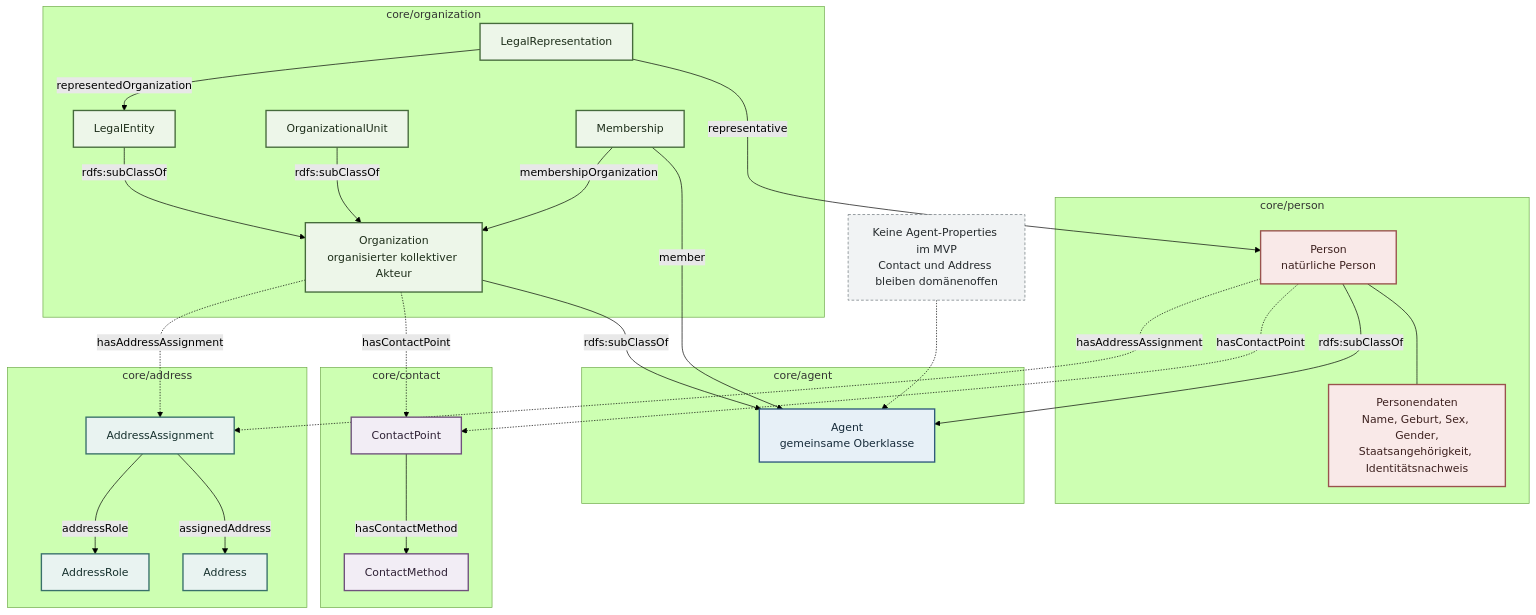
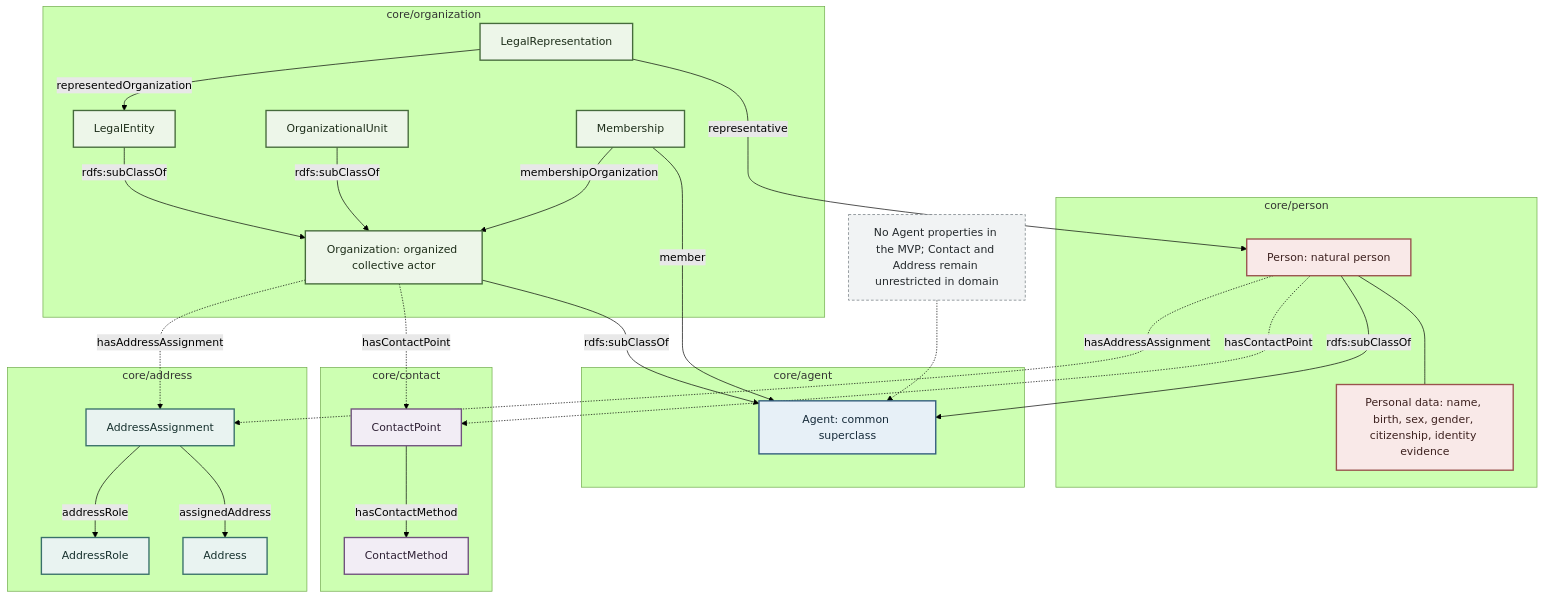
Before and after one commit to project-construct-x/constructx-ontologies: the diagram in modules/core/agent/docs/diagrams/agent-integration-model.md, drawn with Mermaid (forest theme). The commit also changed other lines of this file and 230 other files, not shown here.

````diff
--- a/modules/core/agent/docs/diagrams/agent-integration-model.md
+++ b/modules/core/agent/docs/diagrams/agent-integration-model.md
@@ -10,66 +8,66 @@
 ```mermaid
 flowchart TB
     subgraph AGENT["core/agent"]
-        Agent["Agent<br/>gemeinsame Oberklasse"]
+        Agent["Agent: common superclass"]
     end
 
     subgraph PERSON["core/person"]
-        Person["Person<br/>natürliche Person"]
-        PersonData["Personendaten<br/>Name, Geburt, Sex, Gender,<br/>Staatsangehörigkeit, Identitätsnachweis"]
+        Person["Person: natural person"]
+        PersonData["Personal data: name, birth, sex, gender, citizenship, identity evidence"]
         Person --- PersonData
     end
 
     subgraph ORGANIZATION["core/organization"]
-        Org["Organization<br/>organisierter kollektiver Akteur"]
+        Org["Organization: organized collective actor"]
         Legal["LegalEntity"]
         Unit["OrganizationalUnit"]
         Membership["Membership"]
         Representation["LegalRepresentation"]
 
         Legal -->|"rdfs:subClassOf"| Org
         Unit -->|"rdfs:subClassOf"| Org
         Membership -->|"member"| Agent
         Membership -->|"membershipOrganization"| Org
         Representation -->|"representative"| Person
         Representation -->|"representedOrganization"| Legal
     end
 
     subgraph CONTACT["core/contact"]
         ContactPoint["ContactPoint"]
         ContactMethod["ContactMethod"]
         ContactPoint -->|"hasContactMethod"| ContactMethod
     end
 
     subgraph ADDRESS["core/address"]
         AddressAssignment["AddressAssignment"]
         Address["Address"]
         AddressRole["AddressRole"]
         AddressAssignment -->|"assignedAddress"| Address
         AddressAssignment -->|"addressRole"| AddressRole
     end
 
     Person -->|"rdfs:subClassOf"| Agent
     Org -->|"rdfs:subClassOf"| Agent
 
     Person -.->|"hasContactPoint"| ContactPoint
     Org -.->|"hasContactPoint"| ContactPoint
     Person -.->|"hasAddressAssignment"| AddressAssignment
     Org -.->|"hasAddressAssignment"| AddressAssignment
 
-    Note["Keine Agent-Properties im MVP<br/>Contact und Address bleiben domänenoffen"]
+    Note["No Agent properties in the MVP; Contact and Address remain unrestricted in domain"]
     Note -.-> Agent
 
     classDef agent fill:#e7f0f7,stroke:#315b7d,color:#172b3a,stroke-width:2px;
     classDef person fill:#f9e9e8,stroke:#99534d,color:#3d211f,stroke-width:2px;
     classDef org fill:#edf6e9,stroke:#466b3c,color:#1d2d19,stroke-width:2px;
     classDef contact fill:#f2edf5,stroke:#70517d,color:#2f2135,stroke-width:2px;
     classDef address fill:#e9f3f1,stroke:#39706a,color:#17312e,stroke-width:2px;
     classDef note fill:#f1f3f4,stroke:#6b747a,color:#252a2d,stroke-dasharray:4 3;
 
     class Agent agent;
     class Person,PersonData person;
     class Org,Legal,Unit,Membership,Representation org;
     class ContactPoint,ContactMethod contact;
     class AddressAssignment,Address,AddressRole address;
     class Note note;
 ```
````
